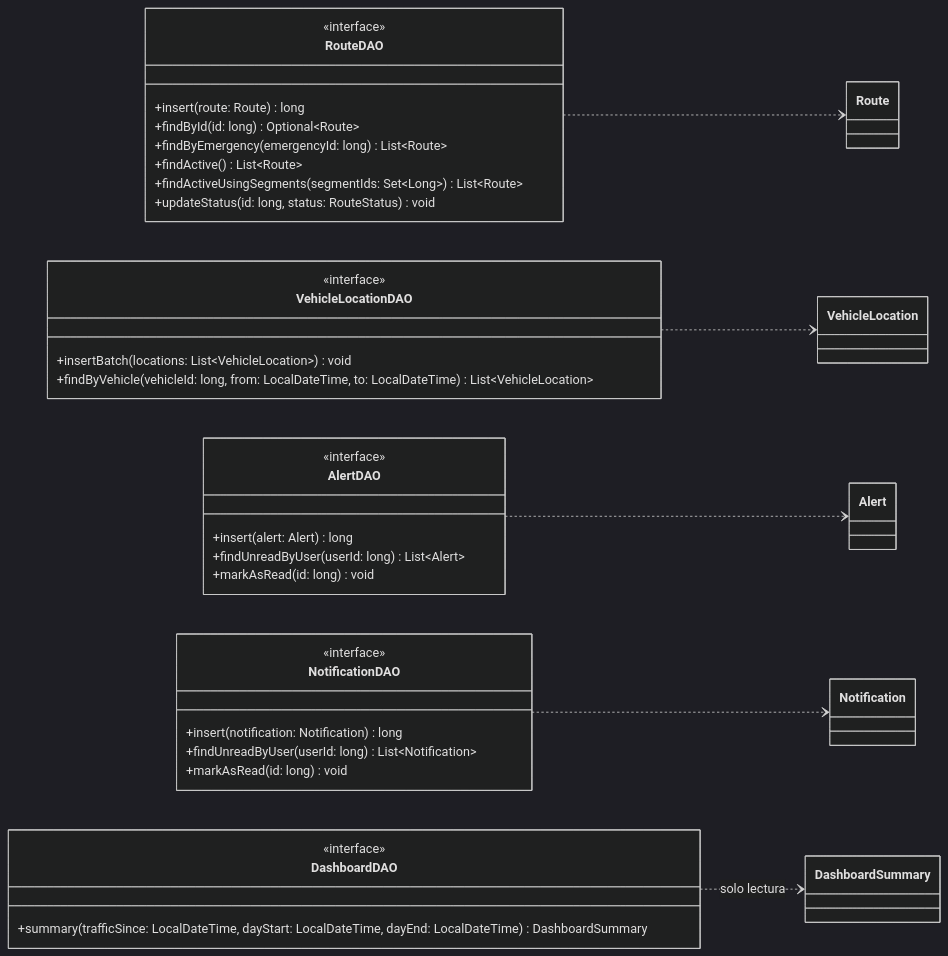
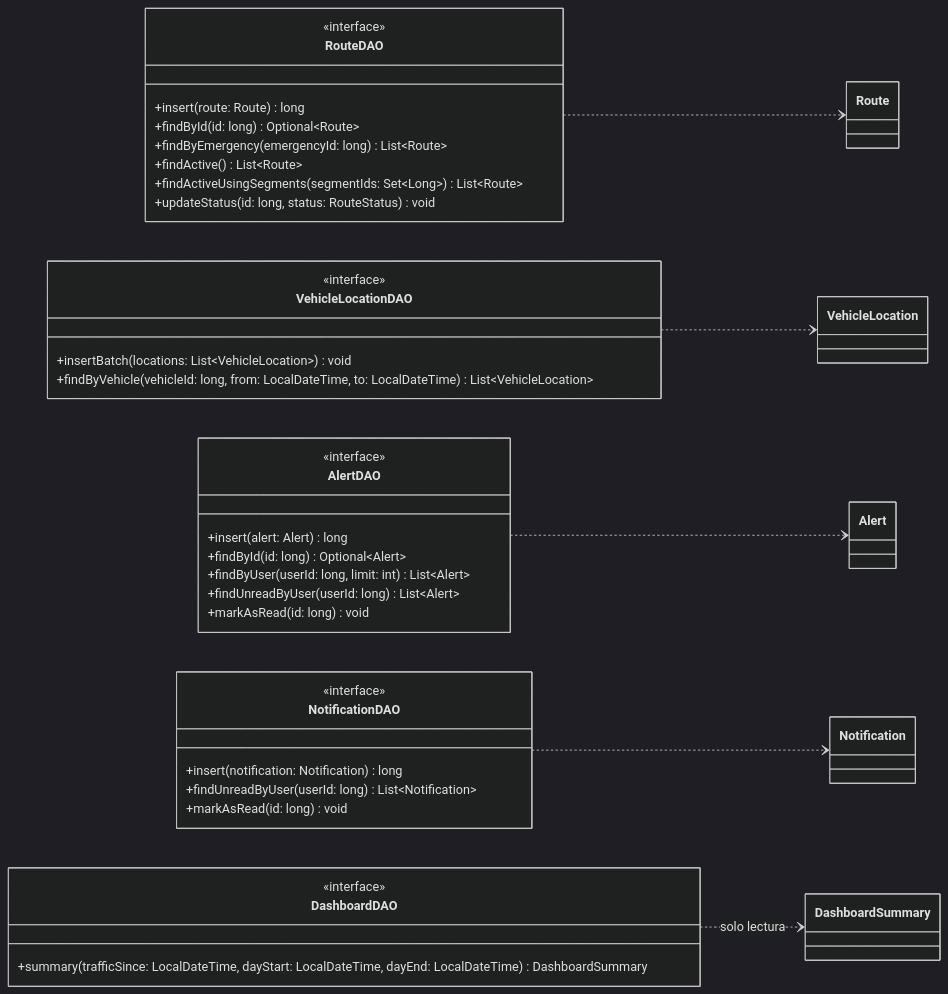
One commit to afzabaleta/RutaVida changed diagram 13 of 24 in docs/class-diagram.md. Above: the diagram before and after it, drawn with Mermaid (dark theme). The commit also changed other lines of this file and 1 other file, not shown here.

````diff
--- a/docs/class-diagram.md
+++ b/docs/class-diagram.md
@@ -777,53 +777,55 @@
 ```mermaid
 ---
 config:
   markdownAutoWrap: false
 ---
 classDiagram
     direction LR
 
     class RouteDAO {
         <<interface>>
         +insert(route: Route) long
         +findById(id: long) Optional~Route~
         +findByEmergency(emergencyId: long) List~Route~
         +findActive() List~Route~
         +findActiveUsingSegments(segmentIds: Set~Long~) List~Route~
         +updateStatus(id: long, status: RouteStatus) void
     }
     class VehicleLocationDAO {
         <<interface>>
         +insertBatch(locations: List~VehicleLocation~) void
         +findByVehicle(vehicleId: long, from: LocalDateTime, to: LocalDateTime) List~VehicleLocation~
     }
-    class AlertDAO {
+        class AlertDAO {
         <<interface>>
         +insert(alert: Alert) long
+        +findById(id: long) Optional~Alert~
+        +findByUser(userId: long, limit: int) List~Alert~
         +findUnreadByUser(userId: long) List~Alert~
         +markAsRead(id: long) void
     }
     class NotificationDAO {
         <<interface>>
         +insert(notification: Notification) long
         +findUnreadByUser(userId: long) List~Notification~
         +markAsRead(id: long) void
     }
     
     class DashboardDAO {
         <<interface>>
         +summary(trafficSince: LocalDateTime, dayStart: LocalDateTime, dayEnd: LocalDateTime) DashboardSummary
     }
     
     class Route
     class VehicleLocation
     class Alert
     class Notification
     class DashboardSummary
     
 
     RouteDAO ..> Route
     VehicleLocationDAO ..> VehicleLocation
     AlertDAO ..> Alert
     NotificationDAO ..> Notification
     DashboardDAO ..> DashboardSummary : solo lectura
 ```
````
